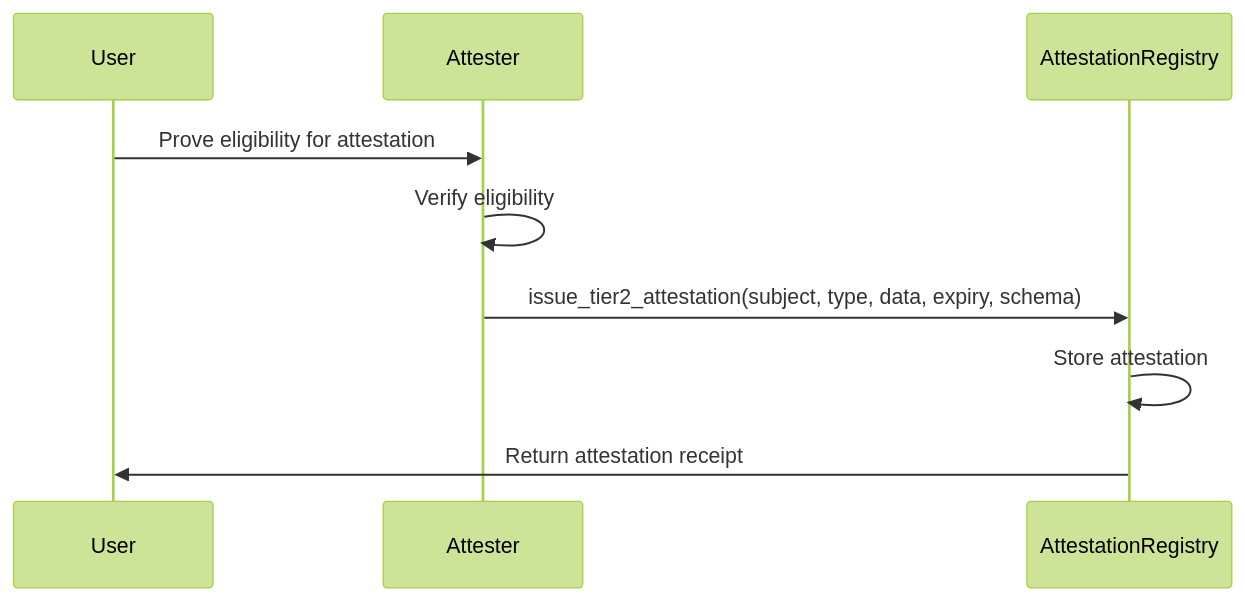
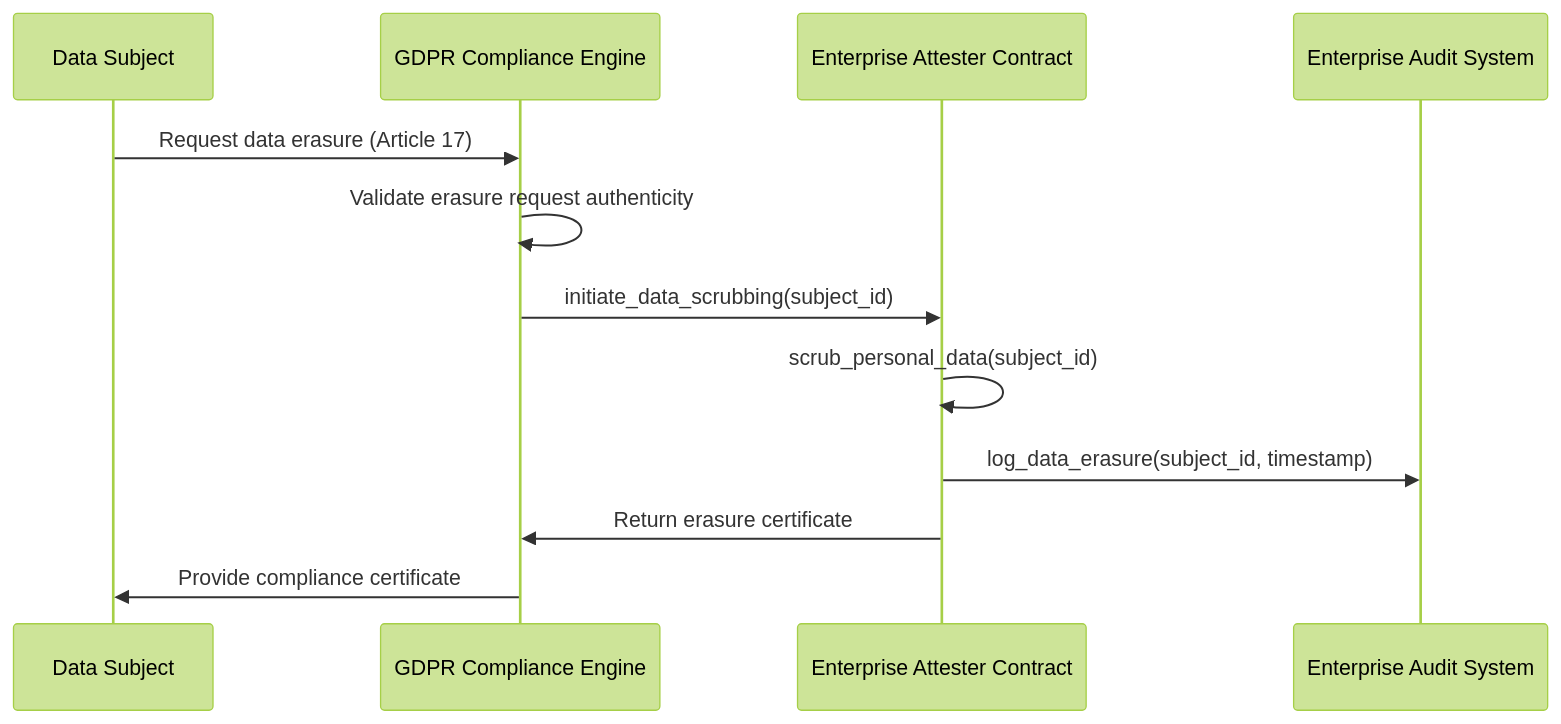
Before and after one commit to Cass402/DiD_repLayer_Starknet: the second of 2 diagrams in docs/technical_deep_dive/attesterIntegrationGuide.md, drawn with Mermaid (forest theme). The commit also changed other lines of this file, not shown here.

````diff
--- a/docs/technical_deep_dive/attesterIntegrationGuide.md
+++ b/docs/technical_deep_dive/attesterIntegrationGuide.md
@@ -160,12 +267,15 @@
 ```mermaid
 sequenceDiagram
-    participant User
-    participant Attester
-    participant AttestationRegistry
+    participant DataSubject as Data Subject
+    participant GDPREngine as GDPR Compliance Engine
+    participant AttesterContract as Enterprise Attester Contract
+    participant AuditSystem as Enterprise Audit System
 
-    User->>Attester: Prove eligibility for attestation
-    Attester->>Attester: Verify eligibility
-    Attester->>AttestationRegistry: issue_tier2_attestation(subject, type, data, expiry, schema)
-    AttestationRegistry->>AttestationRegistry: Store attestation
-    AttestationRegistry->>User: Return attestation receipt
+    DataSubject->>GDPREngine: Request data erasure (Article 17)
+    GDPREngine->>GDPREngine: Validate erasure request authenticity
+    GDPREngine->>AttesterContract: initiate_data_scrubbing(subject_id)
+    AttesterContract->>AttesterContract: scrub_personal_data(subject_id)
+    AttesterContract->>AuditSystem: log_data_erasure(subject_id, timestamp)
+    AttesterContract->>GDPREngine: Return erasure certificate
+    GDPREngine->>DataSubject: Provide compliance certificate
 ```
````
